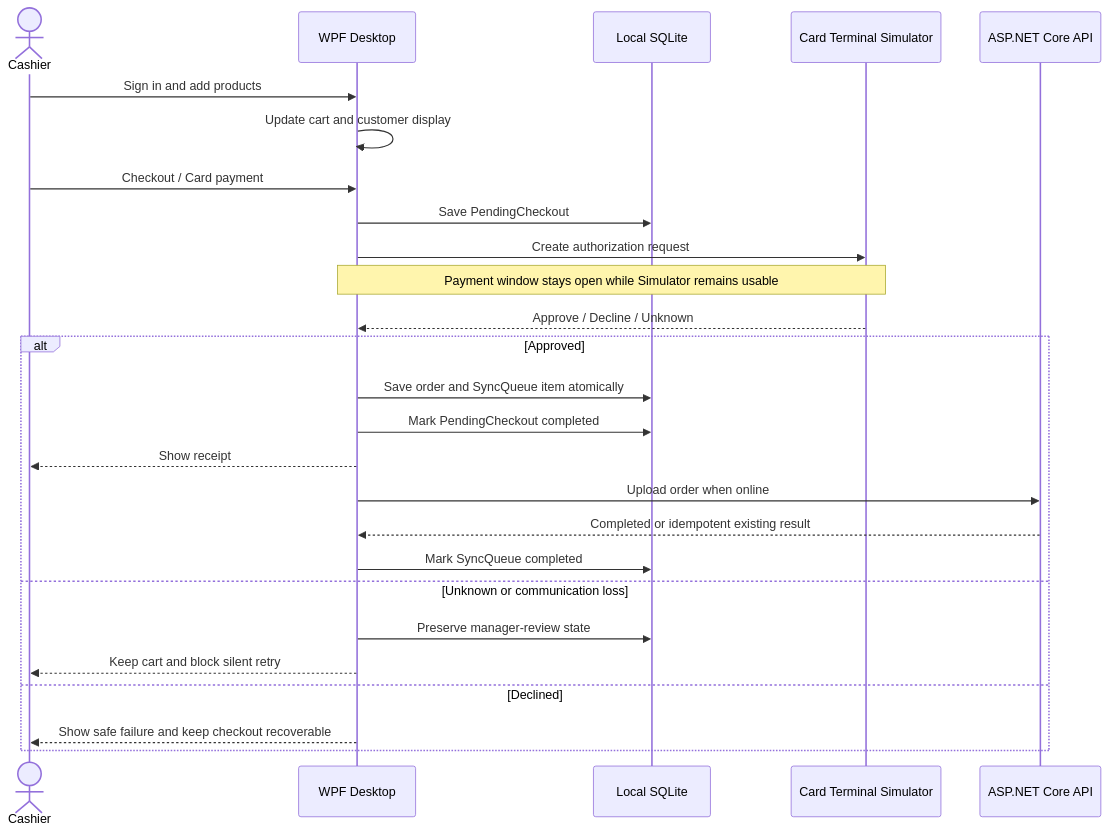
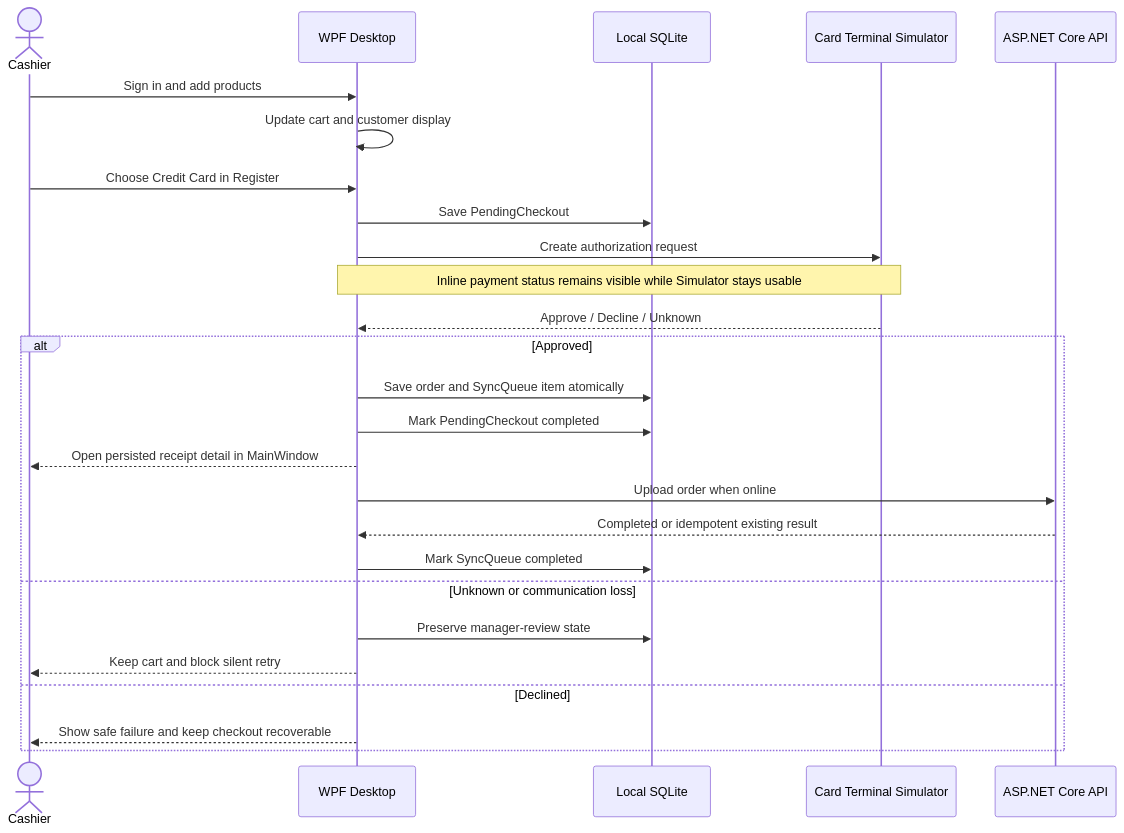
The third of 4 diagrams in README.md (higwon/retail-pos-desktop), drawn with Mermaid before and after one commit. The commit also changed other lines of this file and 26 other files, not shown here.

Commit message:
feat: complete in-window cashier workflow

````diff
--- a/README.md
+++ b/README.md
@@ -120,29 +120,29 @@
 ```mermaid
 sequenceDiagram
     actor Cashier
     participant POS as WPF Desktop
     participant DB as Local SQLite
     participant Terminal as Card Terminal Simulator
     participant API as ASP.NET Core API
 
     Cashier->>POS: Sign in and add products
     POS->>POS: Update cart and customer display
-    Cashier->>POS: Checkout / Card payment
+    Cashier->>POS: Choose Credit Card in Register
     POS->>DB: Save PendingCheckout
     POS->>Terminal: Create authorization request
-    Note over POS,Terminal: Payment window stays open while Simulator remains usable
+    Note over POS,Terminal: Inline payment status remains visible while Simulator stays usable
     Terminal-->>POS: Approve / Decline / Unknown
     alt Approved
         POS->>DB: Save order and SyncQueue item atomically
         POS->>DB: Mark PendingCheckout completed
-        POS-->>Cashier: Show receipt
+        POS-->>Cashier: Open persisted receipt detail in MainWindow
         POS->>API: Upload order when online
         API-->>POS: Completed or idempotent existing result
         POS->>DB: Mark SyncQueue completed
     else Unknown or communication loss
         POS->>DB: Preserve manager-review state
         POS-->>Cashier: Keep cart and block silent retry
     else Declined
         POS-->>Cashier: Show safe failure and keep checkout recoverable
     end
 ```
````
